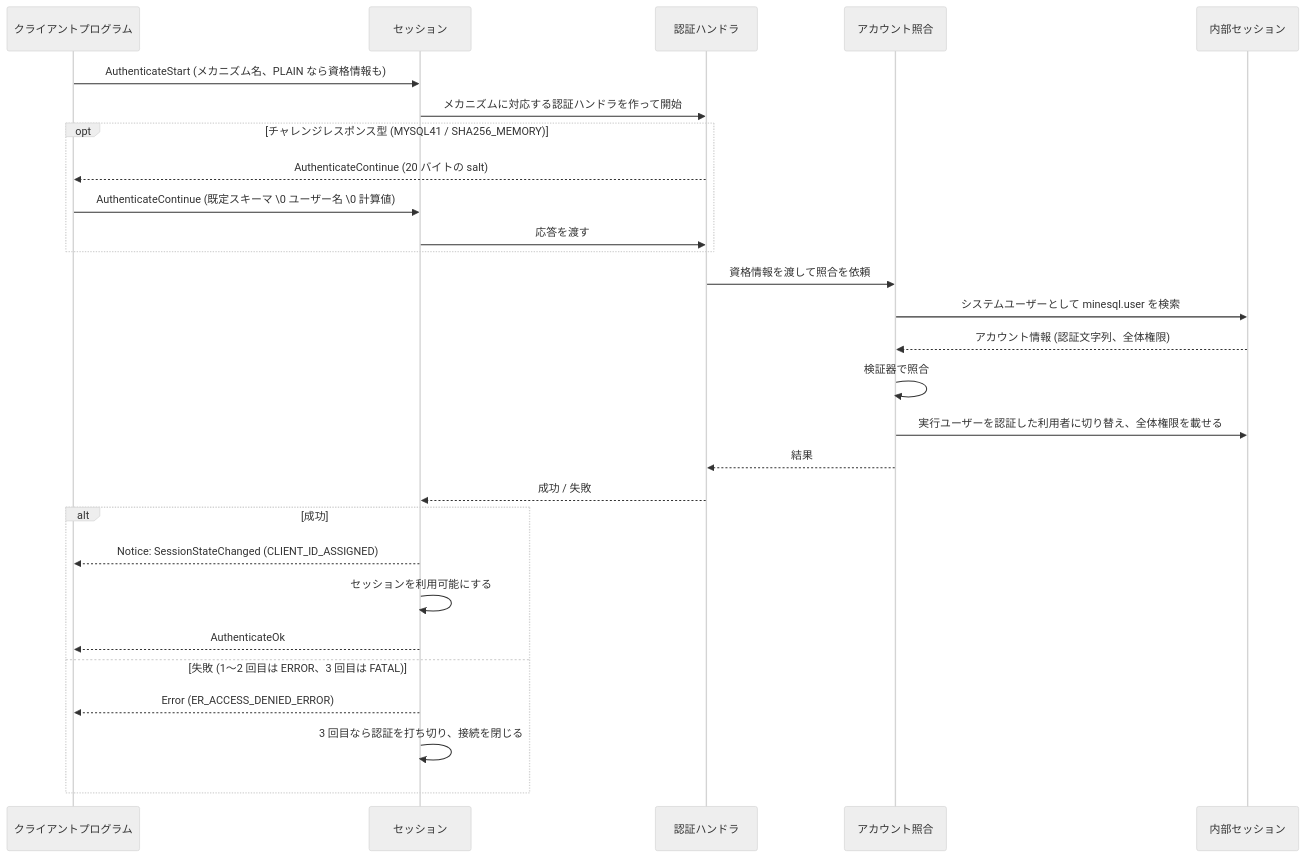
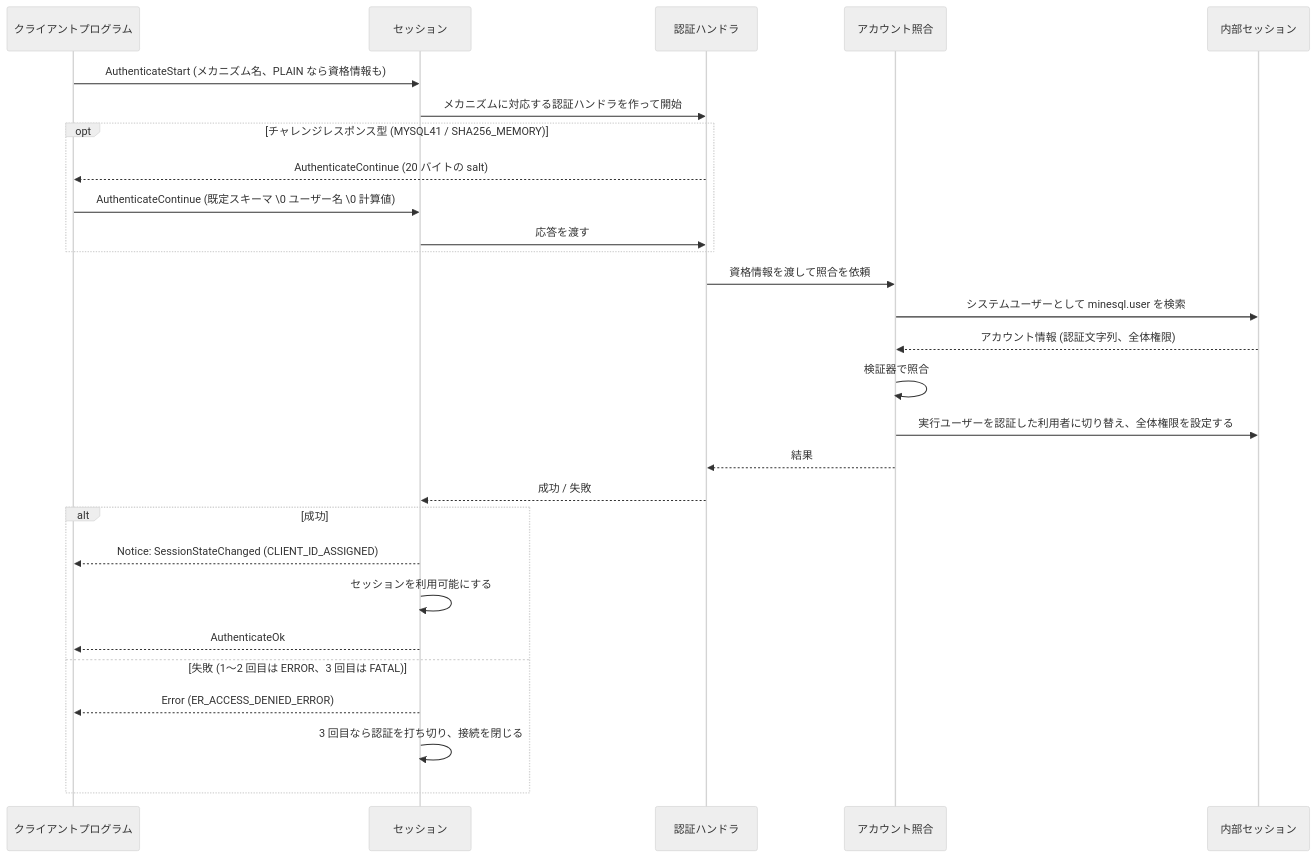
Before and after one commit to ren-yamanashi/minesql: the second of 2 diagrams in docs/specification/connection/authentication.md, drawn with Mermaid (neutral theme). The commit also changed other lines of this file and 12 other files, not shown here.

````diff
--- a/docs/specification/connection/authentication.md
+++ b/docs/specification/connection/authentication.md
@@ -78,30 +78,30 @@
 ```mermaid
 sequenceDiagram
     participant C as クライアントプログラム
     participant S as セッション
     participant A as 認証ハンドラ
     participant V as アカウント照合
     participant I as 内部セッション
     C->>S: AuthenticateStart (メカニズム名、PLAIN なら資格情報も)
     S->>A: メカニズムに対応する認証ハンドラを作って開始
     opt チャレンジレスポンス型 (MYSQL41 / SHA256_MEMORY)
         A-->>C: AuthenticateContinue (20 バイトの salt)
         C->>S: AuthenticateContinue (既定スキーマ \0 ユーザー名 \0 計算値)
         S->>A: 応答を渡す
     end
     A->>V: 資格情報を渡して照合を依頼
     V->>I: システムユーザーとして minesql.user を検索
     I-->>V: アカウント情報 (認証文字列、全体権限)
     V->>V: 検証器で照合
-    V->>I: 実行ユーザーを認証した利用者に切り替え、全体権限を載せる
+    V->>I: 実行ユーザーを認証した利用者に切り替え、全体権限を設定する
     V-->>A: 結果
     A-->>S: 成功 / 失敗
     alt 成功
         S-->>C: Notice: SessionStateChanged (CLIENT_ID_ASSIGNED)
         S->>S: セッションを利用可能にする
         S-->>C: AuthenticateOk
     else 失敗 (1〜2 回目は ERROR、3 回目は FATAL)
         S-->>C: Error (ER_ACCESS_DENIED_ERROR)
         S->>S: 3 回目なら認証を打ち切り、接続を閉じる
     end
 ```
````
